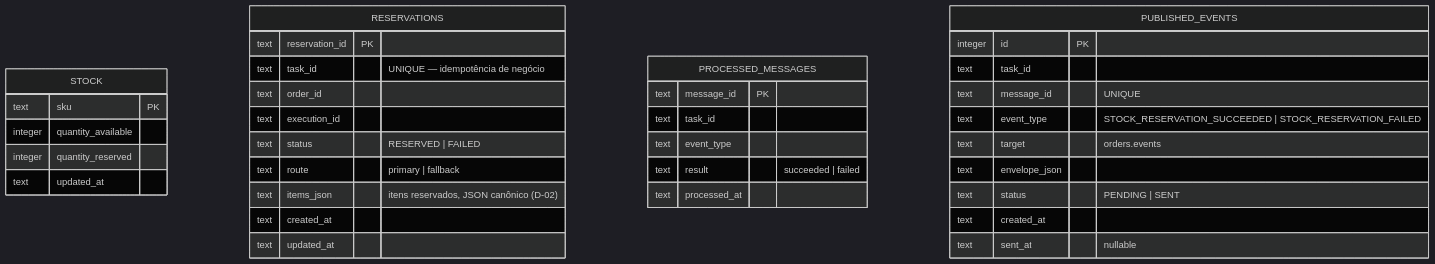
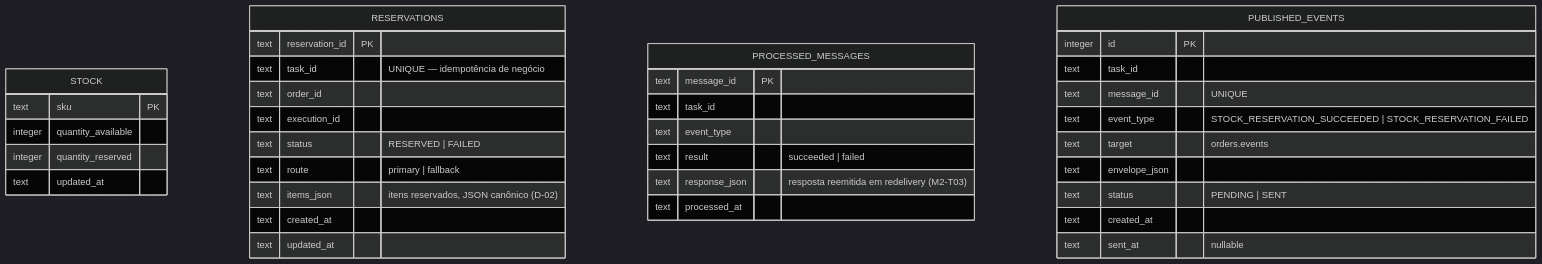
One commit to jorrevicz/rule2llm-orch-lab changed the second of 3 diagrams in docs/08-modelo-de-dados-mer.md. Above: the diagram before and after it, drawn with Mermaid (dark theme). The commit also changed 7 other files, not shown here.

````diff
--- a/docs/08-modelo-de-dados-mer.md
+++ b/docs/08-modelo-de-dados-mer.md
@@ -189,41 +189,42 @@
 ```mermaid
 erDiagram
     STOCK {
         text sku PK
         integer quantity_available
         integer quantity_reserved
         text updated_at
     }
 
     RESERVATIONS {
         text reservation_id PK
         text task_id "UNIQUE — idempotência de negócio"
         text order_id
         text execution_id
         text status "RESERVED | FAILED"
         text route "primary | fallback"
         text items_json "itens reservados, JSON canônico (D-02)"
         text created_at
         text updated_at
     }
 
     PROCESSED_MESSAGES {
         text message_id PK
         text task_id
         text event_type
         text result "succeeded | failed"
+        text response_json "resposta reemitida em redelivery (M2-T03)"
         text processed_at
     }
 
     PUBLISHED_EVENTS {
         integer id PK
         text task_id
         text message_id "UNIQUE"
         text event_type "STOCK_RESERVATION_SUCCEEDED | STOCK_RESERVATION_FAILED"
         text target "orders.events"
         text envelope_json
         text status "PENDING | SENT"
         text created_at
         text sent_at "nullable"
     }
 ```
````
